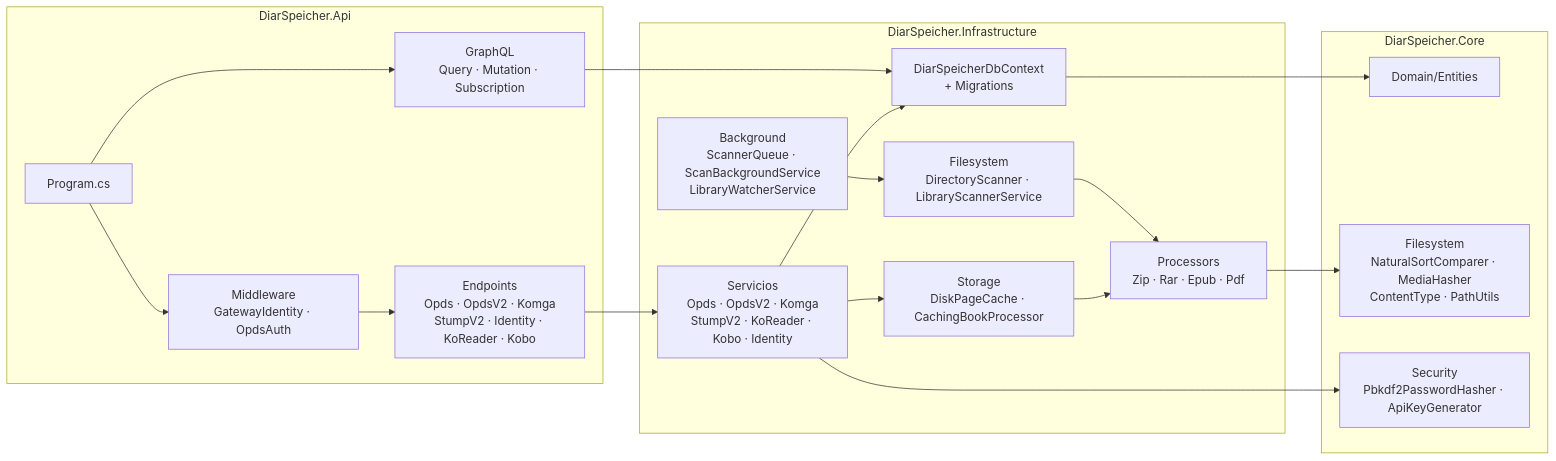
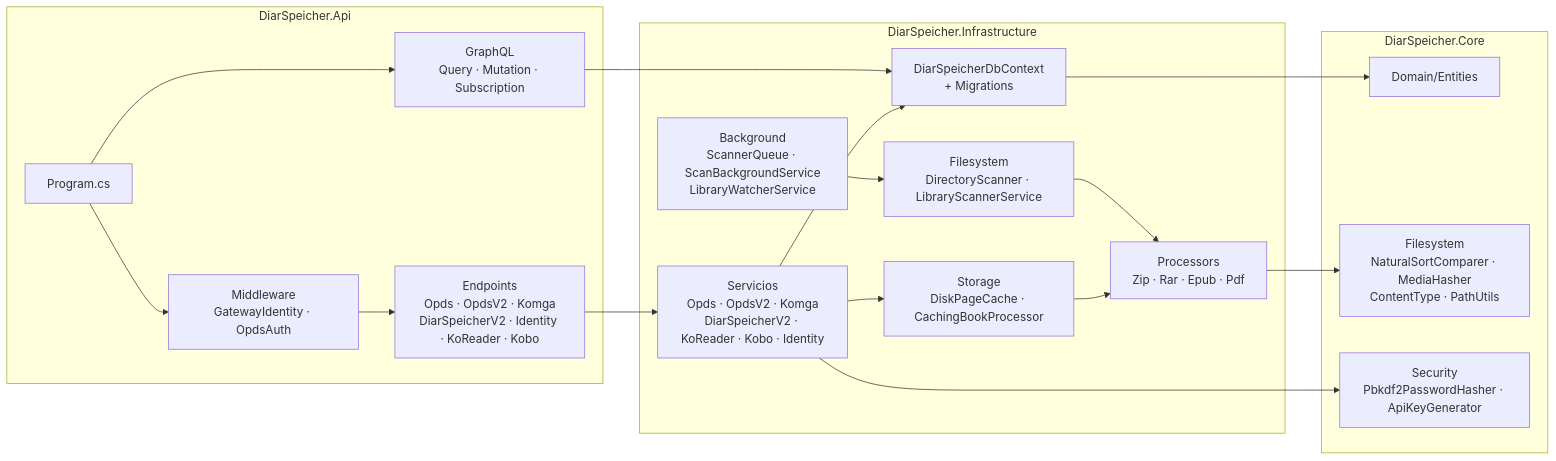
Before and after one commit to d2a3n4i5e6l7/DiarSpeicher: the first of 2 diagrams in documentation/backend/01-arquitectura.md, drawn with Mermaid. The commit also changed 27 other files, not shown here.

Commit message:
refactor: replace StumpV2 implementation and endpoints with DiarSpeicher catalog services

````diff
--- a/documentation/backend/01-arquitectura.md
+++ b/documentation/backend/01-arquitectura.md
@@ -24,37 +24,37 @@
 ```mermaid
 flowchart LR
     subgraph api["DiarSpeicher.Api"]
         P["Program.cs"]
         MW["Middleware<br/>GatewayIdentity · OpdsAuth"]
-        EP["Endpoints<br/>Opds · OpdsV2 · Komga<br/>StumpV2 · Identity · KoReader · Kobo"]
+        EP["Endpoints<br/>Opds · OpdsV2 · Komga<br/>DiarSpeicherV2 · Identity · KoReader · Kobo"]
         GQL["GraphQL<br/>Query · Mutation · Subscription"]
     end
 
     subgraph infra["DiarSpeicher.Infrastructure"]
         DB["DiarSpeicherDbContext<br/>+ Migrations"]
-        SVC["Servicios<br/>Opds · OpdsV2 · Komga<br/>StumpV2 · KoReader · Kobo · Identity"]
+        SVC["Servicios<br/>Opds · OpdsV2 · Komga<br/>DiarSpeicherV2 · KoReader · Kobo · Identity"]
         SCAN["Filesystem<br/>DirectoryScanner · LibraryScannerService"]
         PROC["Processors<br/>Zip · Rar · Epub · Pdf"]
         BG["Background<br/>ScannerQueue · ScanBackgroundService<br/>LibraryWatcherService"]
         STO["Storage<br/>DiskPageCache · CachingBookProcessor"]
     end
 
     subgraph core["DiarSpeicher.Core"]
         ENT["Domain/Entities"]
         FS["Filesystem<br/>NaturalSortComparer · MediaHasher<br/>ContentType · PathUtils"]
         SEC["Security<br/>Pbkdf2PasswordHasher · ApiKeyGenerator"]
     end
 
     P --> MW --> EP
     P --> GQL
     EP --> SVC
     GQL --> DB
     SVC --> DB
     SCAN --> PROC
     BG --> SCAN
     STO --> PROC
     SVC --> STO
     DB --> ENT
     PROC --> FS
     SVC --> SEC
 ```
````
